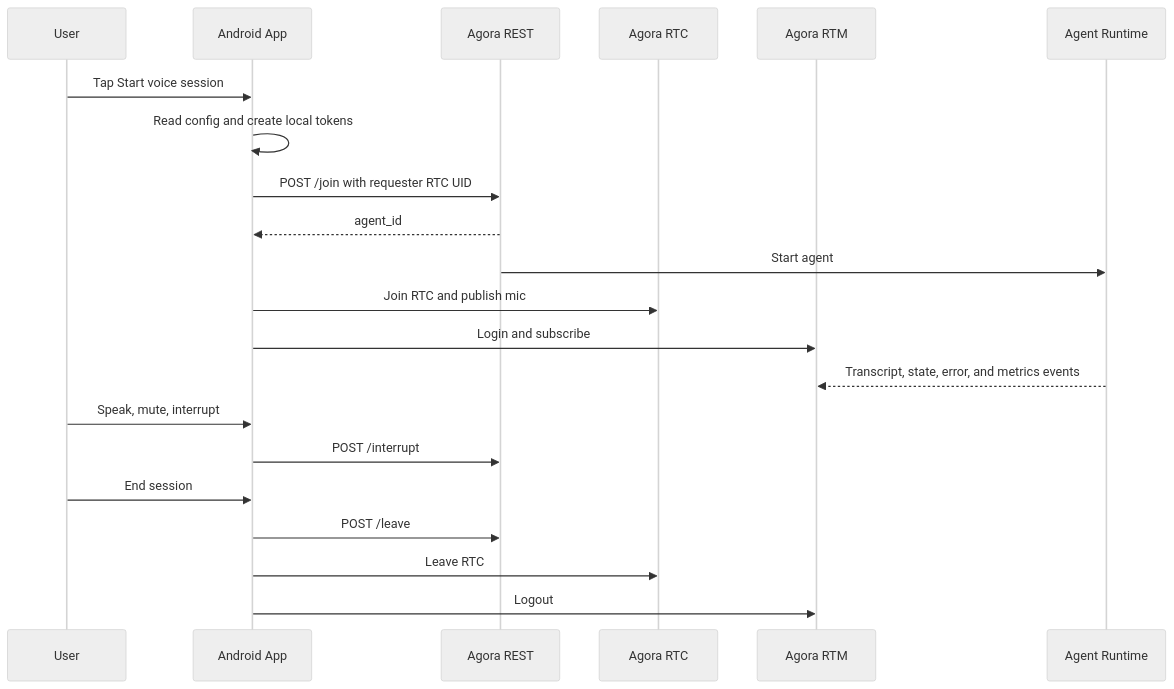
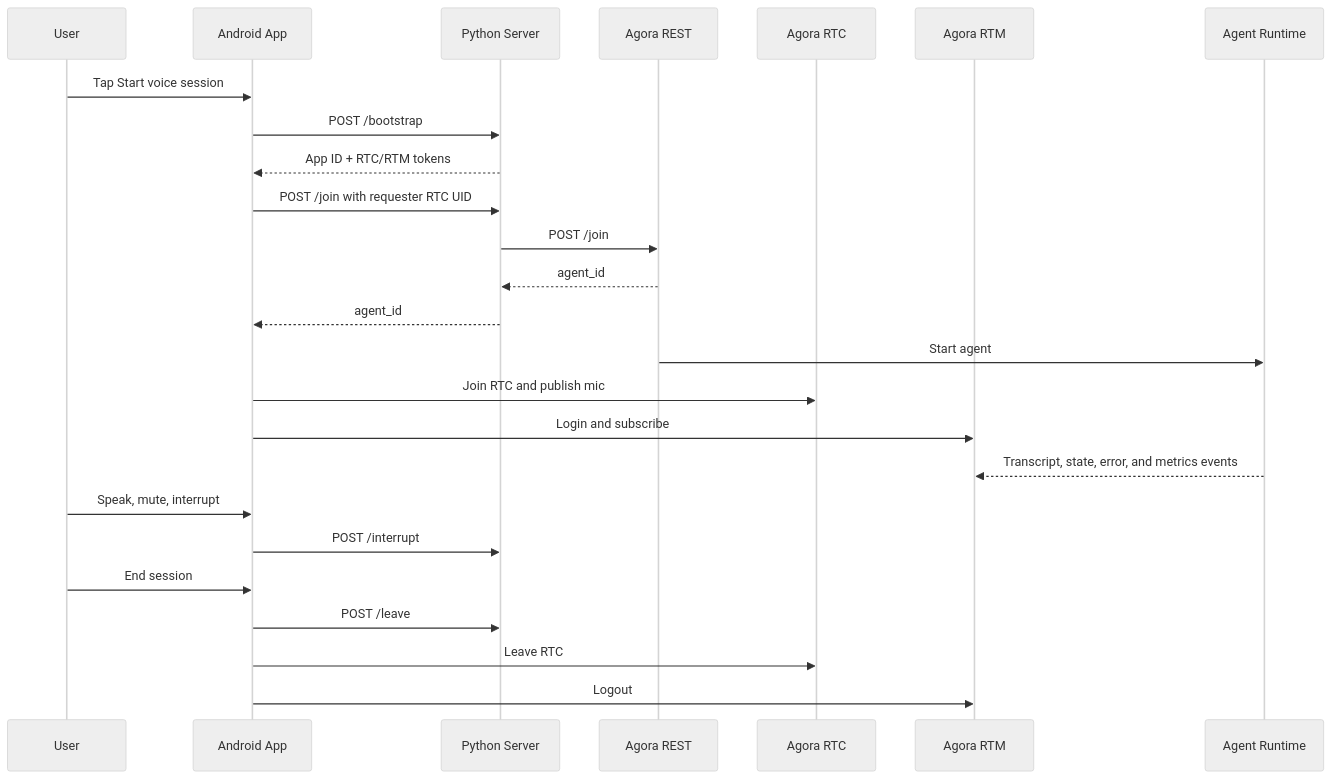
The third of 5 diagrams in docs/architecture.md (mahekaggarwal17/Sahayak), drawn with Mermaid (neutral theme) before and after one commit. The commit also changed other lines of this file and 39 other files, not shown here.

Commit message:
add agora server for agent management

````diff
--- a/docs/architecture.md
+++ b/docs/architecture.md
@@ -99,24 +110,28 @@
 ```mermaid
 sequenceDiagram
     participant U as User
     participant A as Android App
+    participant S as Python Server
     participant R as Agora REST
     participant C as Agora RTC
     participant M as Agora RTM
     participant G as Agent Runtime
 
     U->>A: Tap Start voice session
-    A->>A: Read config and create local tokens
-    A->>R: POST /join with requester RTC UID
-    R-->>A: agent_id
+    A->>S: POST /bootstrap
+    S-->>A: App ID + RTC/RTM tokens
+    A->>S: POST /join with requester RTC UID
+    S->>R: POST /join
+    R-->>S: agent_id
+    S-->>A: agent_id
     R->>G: Start agent
     A->>C: Join RTC and publish mic
     A->>M: Login and subscribe
     G-->>M: Transcript, state, error, and metrics events
     U->>A: Speak, mute, interrupt
-    A->>R: POST /interrupt
+    A->>S: POST /interrupt
     U->>A: End session
-    A->>R: POST /leave
+    A->>S: POST /leave
     A->>C: Leave RTC
     A->>M: Logout
 ```
````
